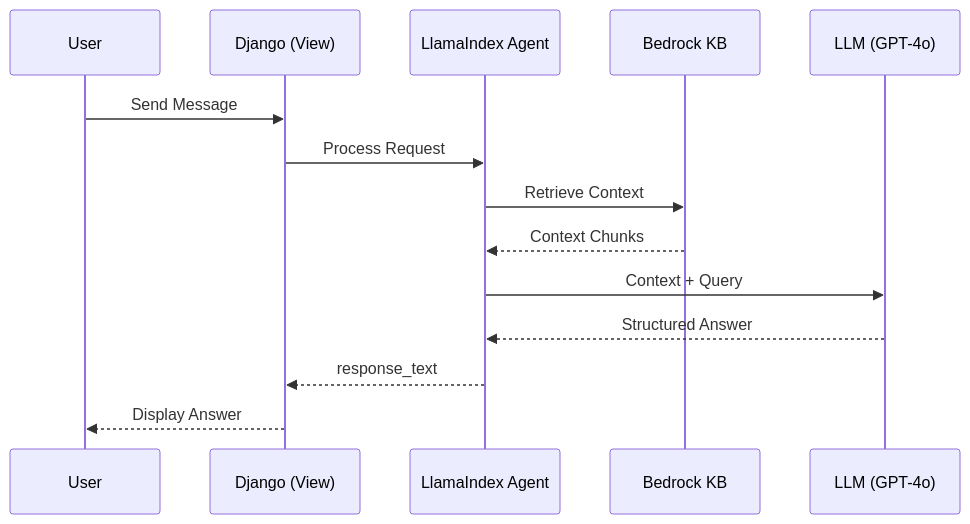
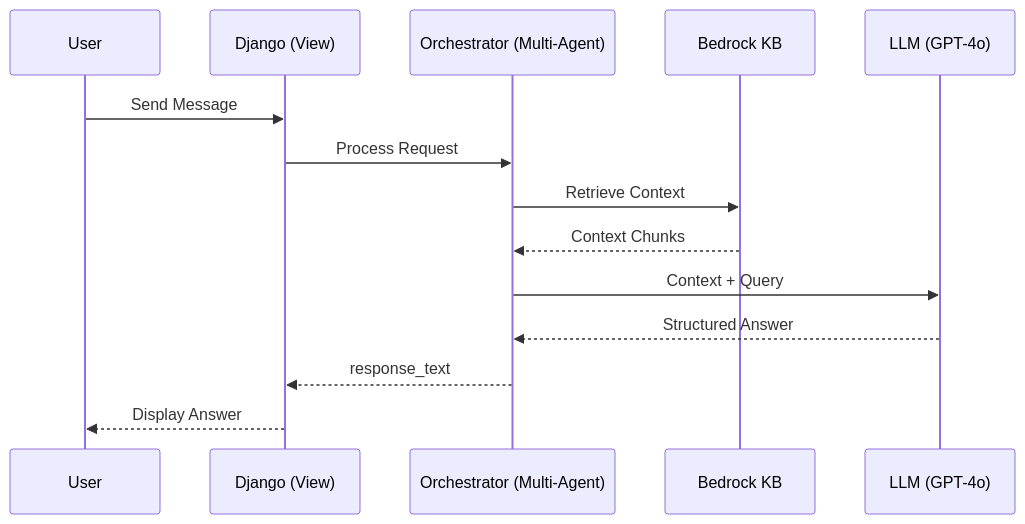
Before and after one commit to MAVIcVICKY/LPU_RAG: the fourth of 4 diagrams in README.md, drawn with Mermaid. The commit also changed other lines of this file, not shown here.

Commit message:
Docs: Finalize README with production ECR deployment steps and multi-agent architecture details.

````diff
--- a/README.md
+++ b/README.md
@@ -97,17 +97,17 @@
 ```mermaid
 sequenceDiagram
     participant U as User
     participant D as Django (View)
-    participant A as LlamaIndex Agent
+    participant O as Orchestrator (Multi-Agent)
     participant K as Bedrock KB
     participant L as LLM (GPT-4o)
 
     U->>D: Send Message
-    D->>A: Process Request
-    A->>K: Retrieve Context
-    K-->>A: Context Chunks
-    A->>L: Context + Query
-    L-->>A: Structured Answer
-    A-->>D: response_text
+    D->>O: Process Request
+    O->>K: Retrieve Context
+    K-->>O: Context Chunks
+    O->>L: Context + Query
+    L-->>O: Structured Answer
+    O-->>D: response_text
     D-->>U: Display Answer
 ```
````
